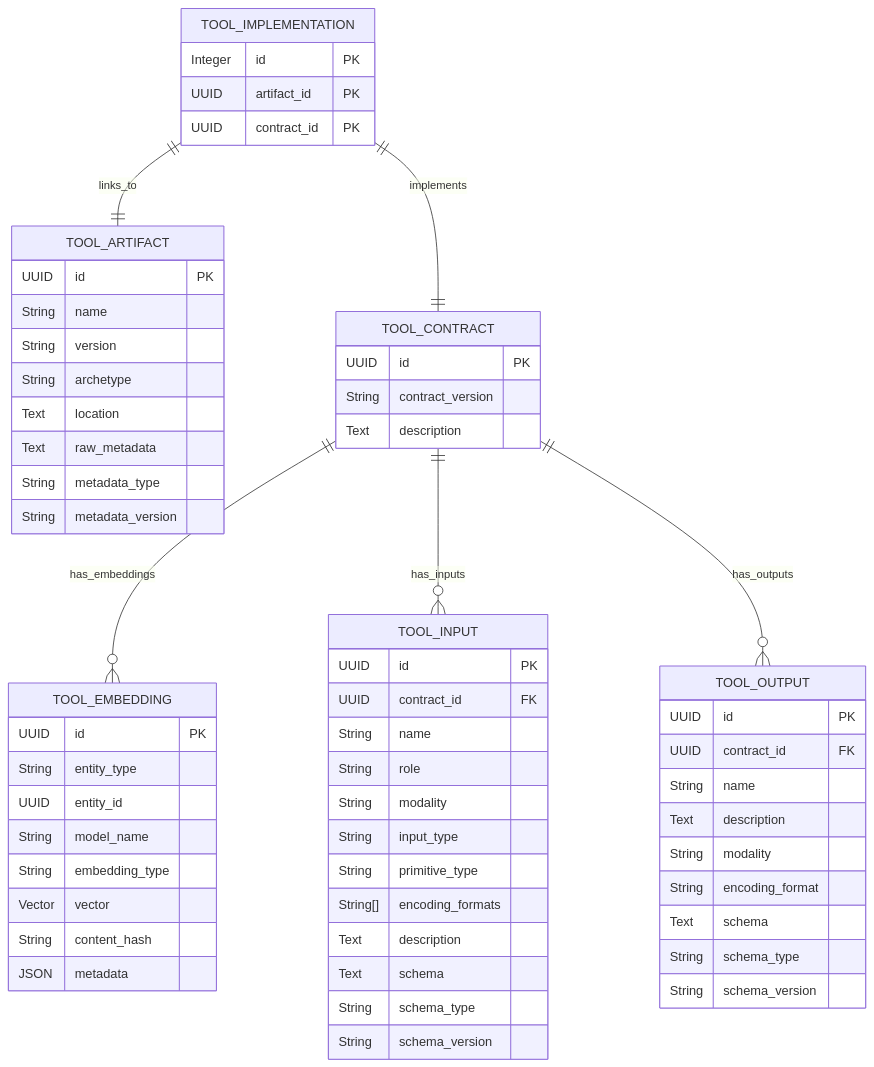
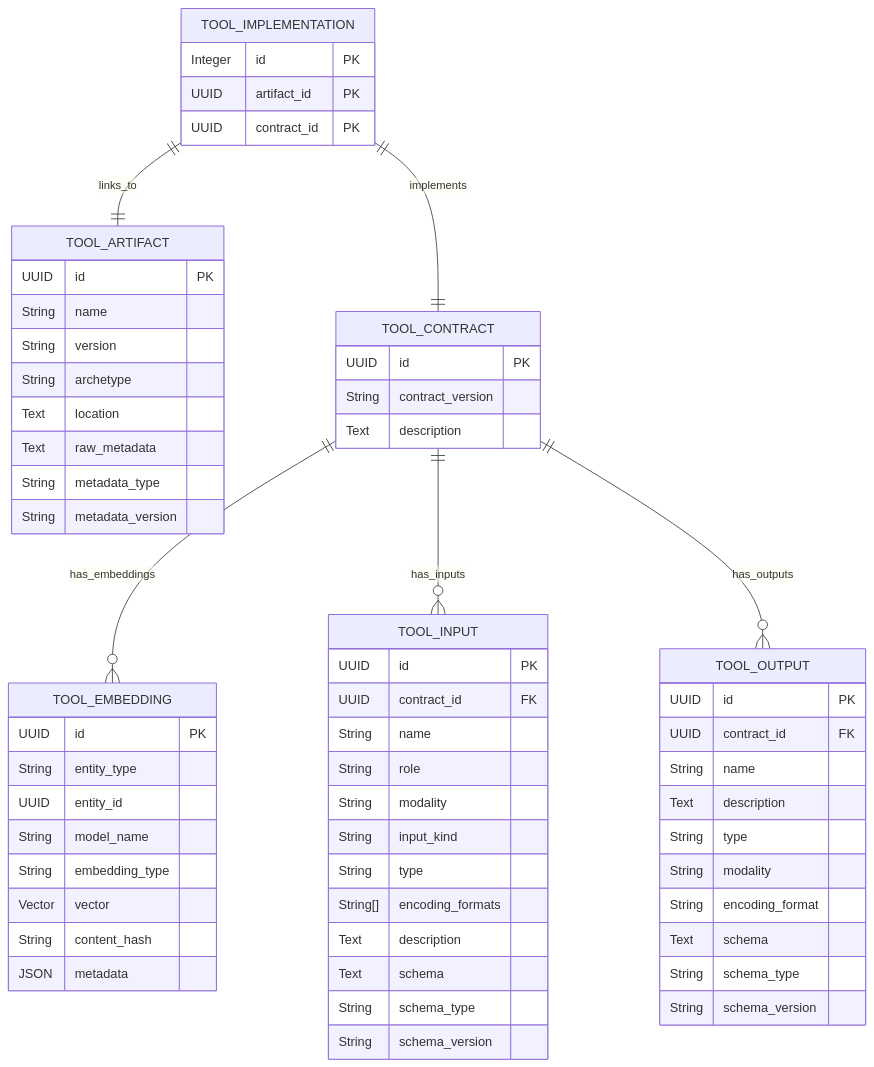
One commit to EOSC-Data-Commons/toolmeta-models changed the diagram in README.md. Above: the diagram before and after it, drawn with Mermaid. The commit also changed 2 other files, not shown here.

Commit message:
Update ER diagram and ToolInput model

````diff
--- a/README.md
+++ b/README.md
@@ -6,74 +6,75 @@
 ```mermaid
 erDiagram
     %% Root table
     TOOL_IMPLEMENTATION {
         Integer id PK
         UUID artifact_id PK
         UUID contract_id PK
     }
     
     %% Artefact table
    TOOL_ARTIFACT {
         UUID id PK
         String name
         String version
         String archetype
         Text location
         Text raw_metadata
         String metadata_type
         String metadata_version
     }
     
     %% Tool contract table
     TOOL_CONTRACT {
         UUID id PK
         String contract_version
         Text description
     }
 
     TOOL_EMBEDDING {
         UUID id PK
         String entity_type
         UUID entity_id 
         String model_name
         String embedding_type
         Vector vector
         String content_hash
         JSON metadata
     }
     
     %% Inputs and outputs
     TOOL_INPUT {
         UUID id PK
         UUID contract_id FK
         String name
         String role
         String modality
-        String input_type
-        String primitive_type
+        String input_kind
+        String type
         String[] encoding_formats
         Text description
         Text schema
         String schema_type
         String schema_version
     }
     
     TOOL_OUTPUT {
         UUID id PK
         UUID contract_id FK
         String name
         Text description
+        String type
         String modality
         String encoding_format
         Text schema
         String schema_type
         String schema_version
     }
     
     %% Relationships
     TOOL_IMPLEMENTATION ||--|| TOOL_ARTIFACT : links_to
     TOOL_IMPLEMENTATION ||--|| TOOL_CONTRACT : implements
     TOOL_CONTRACT ||--o{ TOOL_EMBEDDING : has_embeddings
     TOOL_CONTRACT ||--o{ TOOL_INPUT : has_inputs
     TOOL_CONTRACT ||--o{ TOOL_OUTPUT : has_outputs
 ```
````
